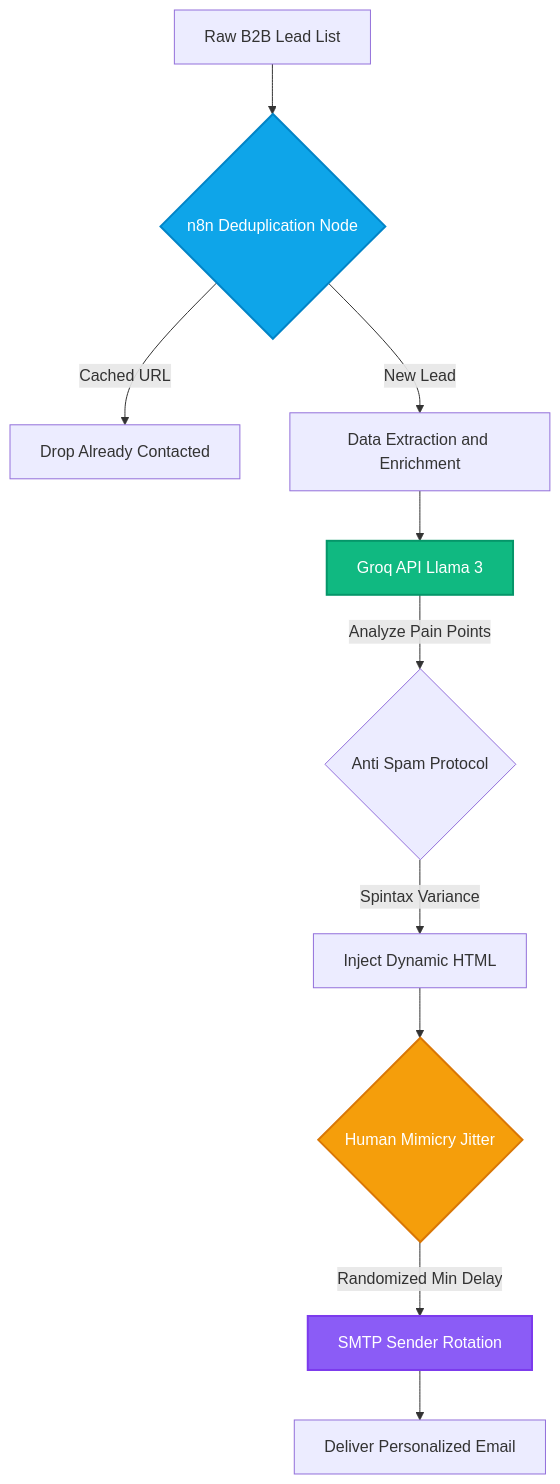
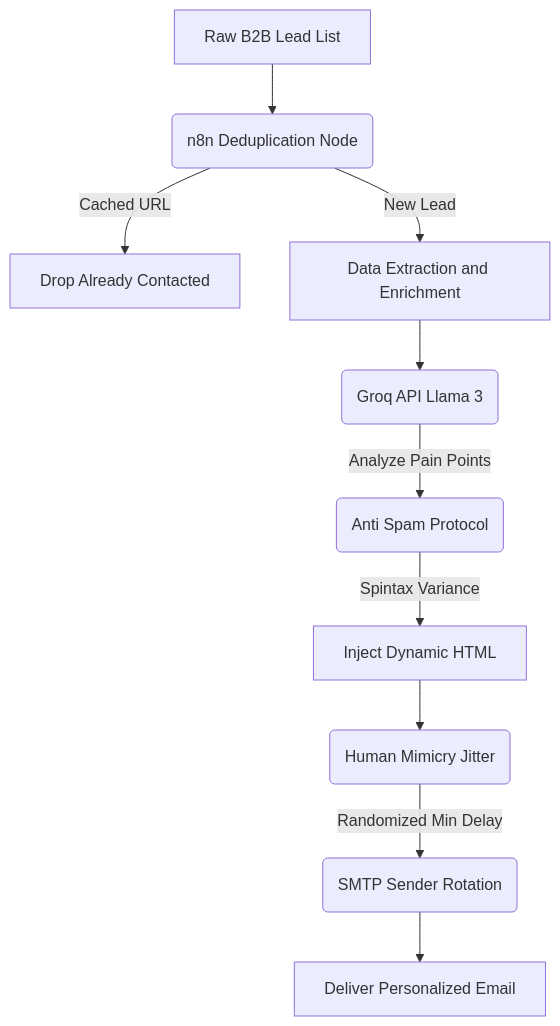
Before and after one commit to alirosyid/stateful-abm-engine: the diagram in README.md, drawn with Mermaid.

````diff
--- a/README.md
+++ b/README.md
@@ -13,31 +13,12 @@
 ```mermaid
 graph TD
-    %% 1. DEFINISI NODE (Deklarasi eksplisit agar parser GitHub tidak crash)
-    A[Raw B2B Lead List]
-    B{n8n Deduplication Node}
-    Z[Drop Already Contacted]
-    C[Data Extraction and Enrichment]
-    D[Groq API Llama 3]
-    E{Anti Spam Protocol}
-    F[Inject Dynamic HTML]
-    G{Human Mimicry Jitter}
-    H[SMTP Sender Rotation]
-    I[Deliver Personalized Email]
-
-    %% 2. DEFINISI KONEKSI (Hanya merujuk pada variabel ID)
-    A --> B
-    B -->|Cached URL| Z
-    B -->|New Lead| C
-    C --> D
-    D -->|Analyze Pain Points| E
-    E -->|Spintax Variance| F
-    F --> G
-    G -->|Randomized Min Delay| H
-    H --> I
-    
-    %% 3. STYLING (Wajib menggunakan 6-digit Hex Code #ffffff)
-    style B fill:#0ea5e9,stroke:#0284c7,stroke-width:2px,color:#ffffff
-    style D fill:#10b981,stroke:#059669,stroke-width:2px,color:#ffffff
-    style G fill:#f59e0b,stroke:#d97706,stroke-width:2px,color:#ffffff
-    style H fill:#8b5cf6,stroke:#7c3aed,stroke-width:2px,color:#ffffff
+    A[Raw B2B Lead List] --> B(n8n Deduplication Node)
+    B -->|Cached URL| Z[Drop Already Contacted]
+    B -->|New Lead| C[Data Extraction and Enrichment]
+    C --> D(Groq API Llama 3)
+    D -->|Analyze Pain Points| E(Anti Spam Protocol)
+    E -->|Spintax Variance| F[Inject Dynamic HTML]
+    F --> G(Human Mimicry Jitter)
+    G -->|Randomized Min Delay| H(SMTP Sender Rotation)
+    H --> I[Deliver Personalized Email]
 ```
````
